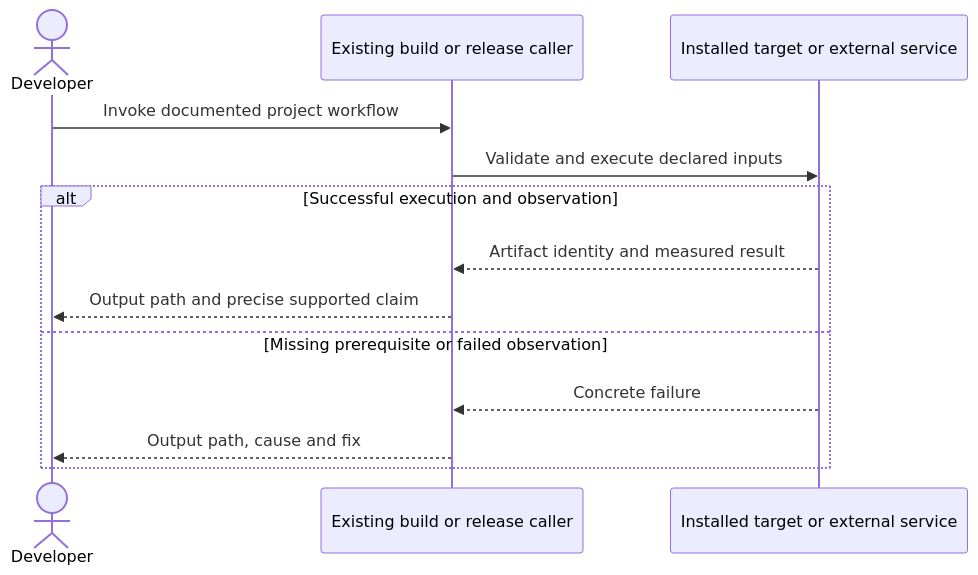
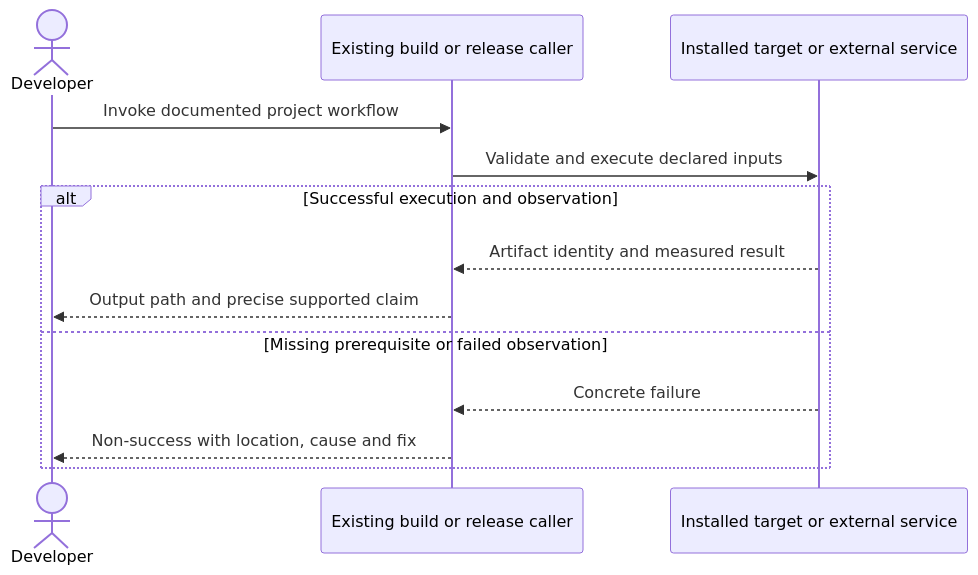
One commit to ThreeNativeHQ/threenative changed the second of 2 diagrams in docs/PRDs/production-readiness/PRD-365-consumer-desktop-distribution.md. Above: the diagram before and after it, drawn with Mermaid. The commit also changed other lines of this file and 408 other files, not shown here.

````diff
--- a/docs/PRDs/production-readiness/PRD-365-consumer-desktop-distribution.md
+++ b/docs/PRDs/production-readiness/PRD-365-consumer-desktop-distribution.md
@@ -54,15 +44,15 @@
 ```mermaid
 sequenceDiagram
     actor Developer
     participant CLI as Existing build or release caller
     participant Target as Installed target or external service
     Developer->>CLI: Invoke documented project workflow
     CLI->>Target: Validate and execute declared inputs
     alt Successful execution and observation
         Target-->>CLI: Artifact identity and measured result
         CLI-->>Developer: Output path and precise supported claim
     else Missing prerequisite or failed observation
         Target-->>CLI: Concrete failure
-        CLI-->>Developer: Output path, cause and fix
+        CLI-->>Developer: Non-success with location, cause and fix
     end
 ```
````
